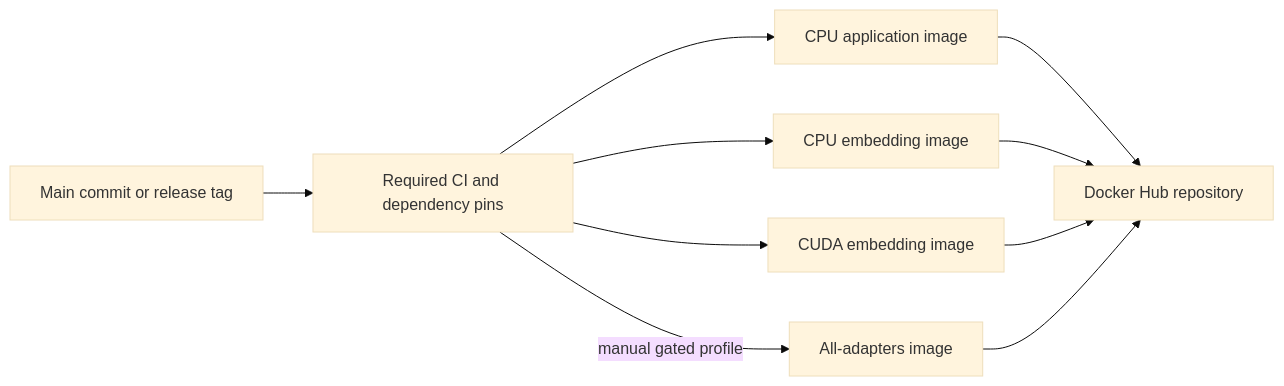
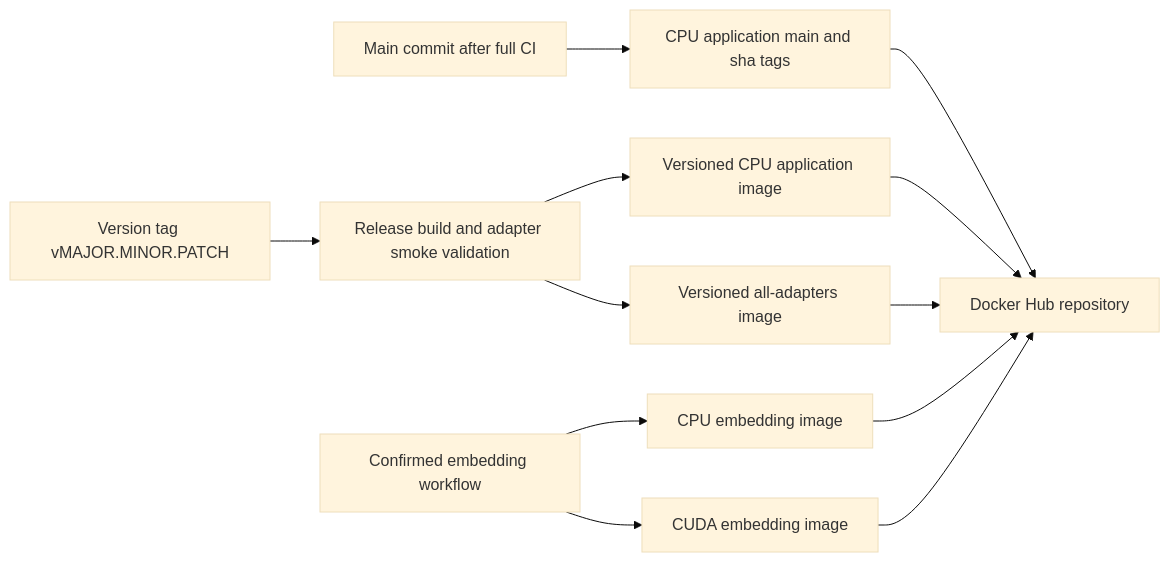
One commit to humblemat810/kogwistar-llm-wiki changed the diagram in doc/docker_hub_publishing.md. Above: the diagram before and after it, drawn with Mermaid (base theme). The commit also changed other lines of this file and 19 other files, not shown here.

````diff
--- a/doc/docker_hub_publishing.md
+++ b/doc/docker_hub_publishing.md
@@ -18,12 +19,14 @@
 ```mermaid
 flowchart LR
-    TAG[Main commit or release tag] --> CI[Required CI and dependency pins]
-    CI --> APP[CPU application image]
-    CI --> EMBEDCPU[CPU embedding image]
-    CI --> EMBEDGPU[CUDA embedding image]
-    CI -->|manual gated profile| ADAPTERS[All-adapters image]
-    APP --> HUB[Docker Hub repository]
+    MAIN[Main commit after full CI] --> APPMAIN[CPU application main and sha tags]
+    TAG[Version tag vMAJOR.MINOR.PATCH] --> RELEASE[Release build and adapter smoke validation]
+    RELEASE --> APP[Versioned CPU application image]
+    RELEASE --> ADAPTERS[Versioned all-adapters image]
+    DISPATCH[Confirmed embedding workflow] --> EMBEDCPU[CPU embedding image]
+    DISPATCH --> EMBEDGPU[CUDA embedding image]
+    APPMAIN --> HUB[Docker Hub repository]
+    APP --> HUB
+    ADAPTERS --> HUB
     EMBEDCPU --> HUB
     EMBEDGPU --> HUB
-    ADAPTERS --> HUB
 ```
````
